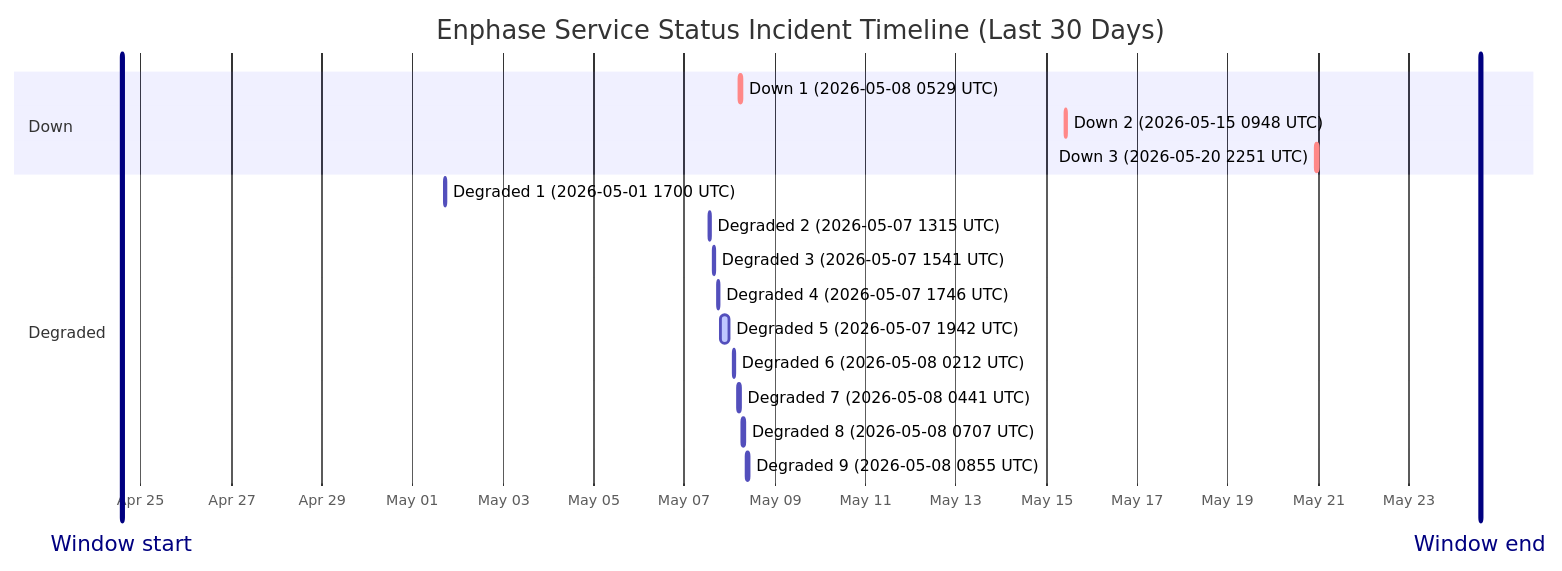
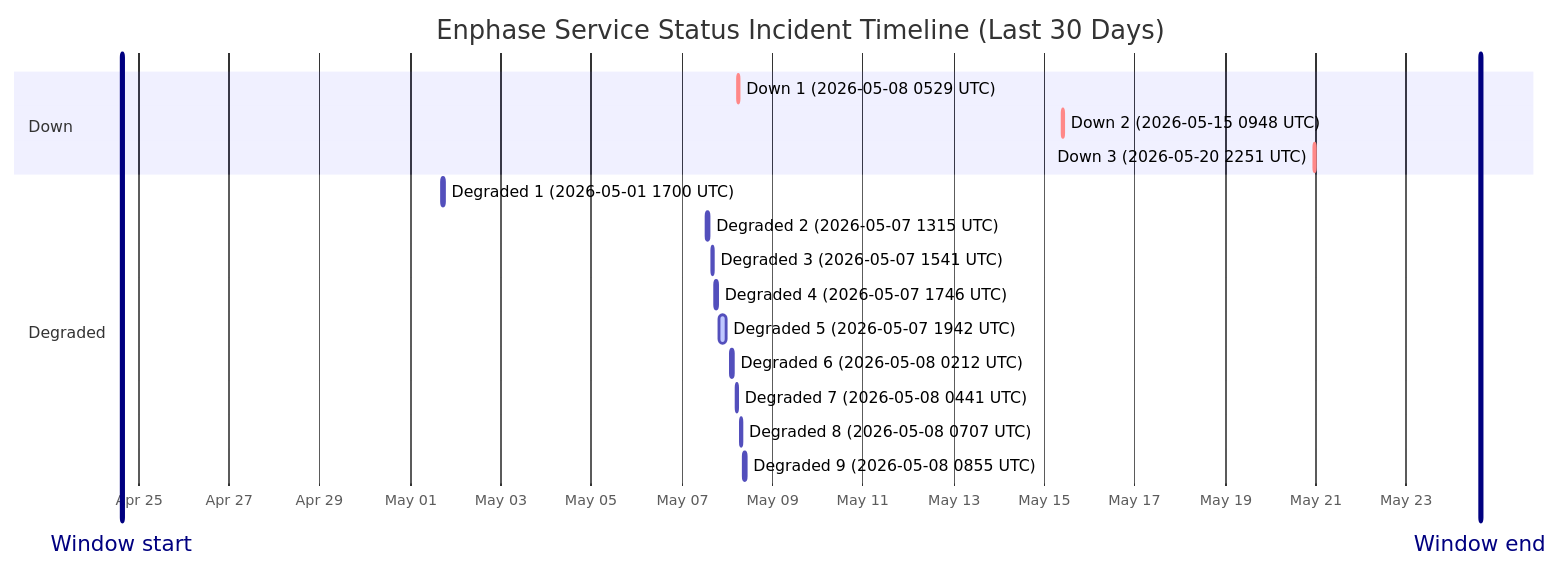
The diagram in wiki/Service-Status-History.md (barneyonline/ha-enphase-ev-charger), drawn with Mermaid before and after one commit. The commit also changed other lines of this file and 3 other files, not shown here.

````diff
--- a/wiki/Service-Status-History.md
+++ b/wiki/Service-Status-History.md
@@ -14,22 +14,22 @@
 ```mermaid
 gantt
     title Enphase Service Status Incident Timeline (Last 30 Days)
     dateFormat  YYYY-MM-DDTHH:mm:ss
     axisFormat  %b %d
-    Window start :vert, window-start, 2026-04-24T13:53:58, 0ms
-    Window end :vert, window-end, 2026-05-24T13:53:58, 0ms
+    Window start :vert, window-start, 2026-04-24T15:02:37, 0ms
+    Window end :vert, window-end, 2026-05-24T15:02:37, 0ms
     section Down
     Down 1 (2026-05-08 0529 UTC) :crit, down-1, 2026-05-08T05:29:47, 60m
     Down 2 (2026-05-15 0948 UTC) :crit, down-2, 2026-05-15T09:48:18, 60m
     Down 3 (2026-05-20 2251 UTC) :crit, down-3, 2026-05-20T22:51:14, 75m
     section Degraded
     Degraded 1 (2026-05-01 1700 UTC) :active, degraded-1, 2026-05-01T17:00:22, 60m
     Degraded 2 (2026-05-07 1315 UTC) :active, degraded-2, 2026-05-07T13:15:25, 60m
     Degraded 3 (2026-05-07 1541 UTC) :active, degraded-3, 2026-05-07T15:41:58, 60m
     Degraded 4 (2026-05-07 1746 UTC) :active, degraded-4, 2026-05-07T17:46:51, 60m
     Degraded 5 (2026-05-07 1942 UTC) :active, degraded-5, 2026-05-07T19:42:10, 249m
     Degraded 6 (2026-05-08 0212 UTC) :active, degraded-6, 2026-05-08T02:12:39, 60m
     Degraded 7 (2026-05-08 0441 UTC) :active, degraded-7, 2026-05-08T04:41:46, 60m
     Degraded 8 (2026-05-08 0707 UTC) :active, degraded-8, 2026-05-08T07:07:30, 60m
     Degraded 9 (2026-05-08 0855 UTC) :active, degraded-9, 2026-05-08T08:55:20, 88m
 ```
````
